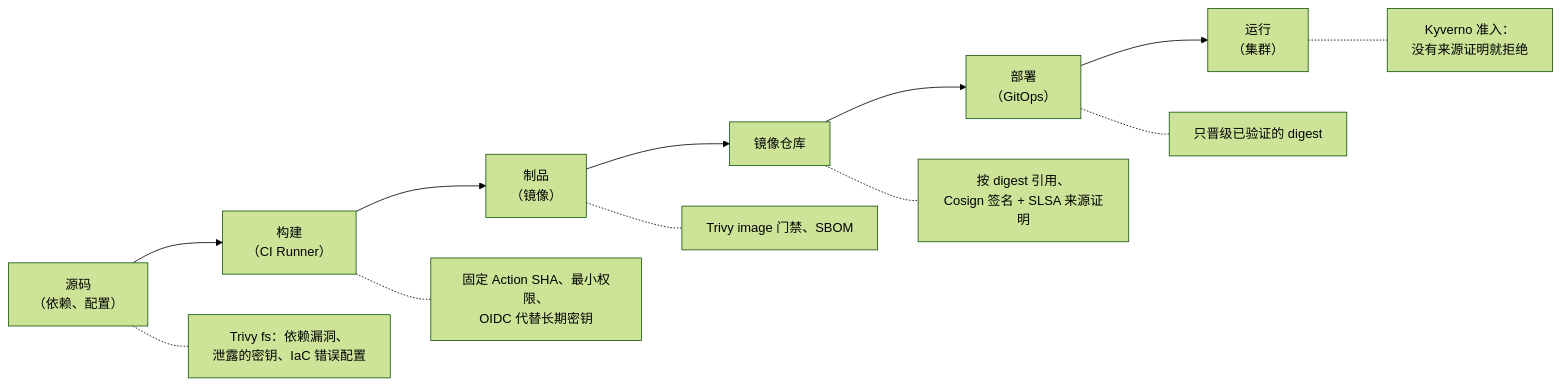
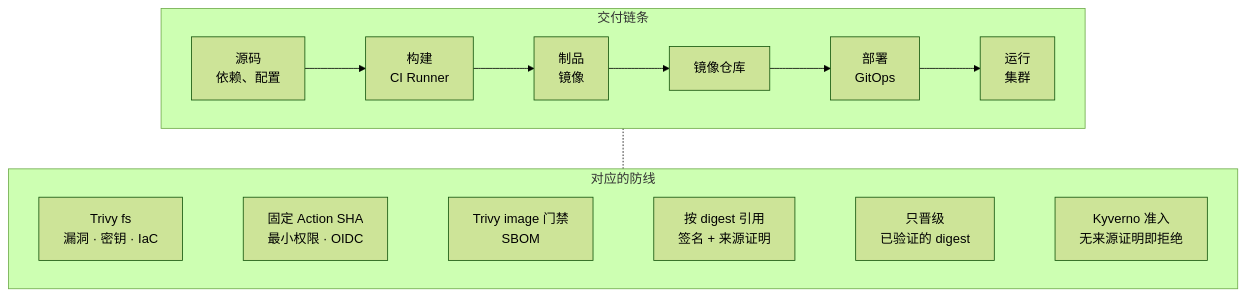
One commit to miku-wwl/devops-delivery changed the first of 3 diagrams in manual/chapters/07-p5-supply-chain.md. Above: the diagram before and after it, drawn with Mermaid (forest theme). The commit also changed other lines of this file and 28 other files, not shown here.

````diff
--- a/manual/chapters/07-p5-supply-chain.md
+++ b/manual/chapters/07-p5-supply-chain.md
@@ -26,10 +26,12 @@
 ```{.mermaid caption="从源码到运行：每个环节对应的防线"}
-flowchart LR
-  S["源码<br/>（依赖、配置）"] --> B["构建<br/>（CI Runner）"] --> A["制品<br/>（镜像）"] --> R["镜像仓库"] --> D["部署<br/>（GitOps）"] --> K["运行<br/>（集群）"]
-  S -.- C1["Trivy fs：依赖漏洞、<br/>泄露的密钥、IaC 错误配置"]
-  B -.- C2["固定 Action SHA、最小权限、<br/>OIDC 代替长期密钥"]
-  A -.- C3["Trivy image 门禁、SBOM"]
-  R -.- C4["按 digest 引用、<br/>Cosign 签名 + SLSA 来源证明"]
-  D -.- C5["只晋级已验证的 digest"]
-  K -.- C6["Kyverno 准入：<br/>没有来源证明就拒绝"]
+flowchart TB
+  subgraph CHAIN["交付链条"]
+    direction LR
+    S["源码<br/>依赖、配置"] --> B["构建<br/>CI Runner"] --> A["制品<br/>镜像"] --> R["镜像仓库"] --> D["部署<br/>GitOps"] --> K["运行<br/>集群"]
+  end
+  subgraph GUARD["对应的防线"]
+    direction LR
+    C1["Trivy fs<br/>漏洞 · 密钥 · IaC"] ~~~ C2["固定 Action SHA<br/>最小权限 · OIDC"] ~~~ C3["Trivy image 门禁<br/>SBOM"] ~~~ C4["按 digest 引用<br/>签名 + 来源证明"] ~~~ C5["只晋级<br/>已验证的 digest"] ~~~ C6["Kyverno 准入<br/>无来源证明即拒绝"]
+  end
+  CHAIN -.- GUARD
 ```
````
